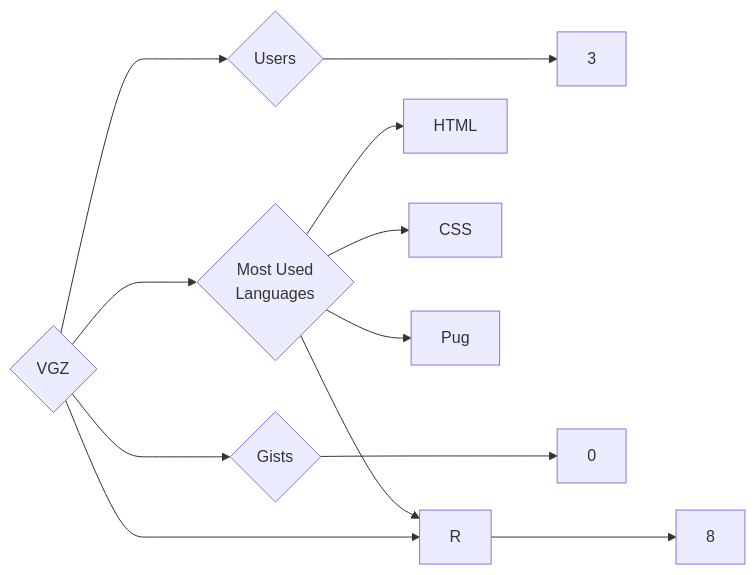
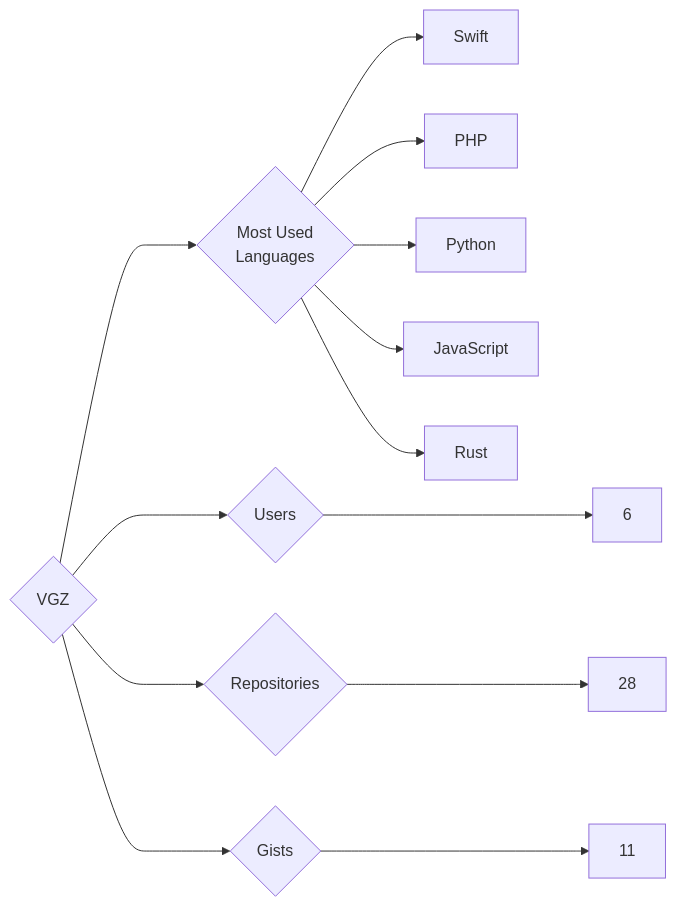
One commit to trickest/insiders changed the diagram in targets/VGZ/README.md. Above: the diagram before and after it, drawn with Mermaid. The commit also changed 940 other files, not shown here.

````diff
--- a/targets/VGZ/README.md
+++ b/targets/VGZ/README.md
@@ -3,12 +3,13 @@
 ```mermaid
 graph LR
 COMPANY_NAME{VGZ}
-COMPANY_NAME ---> U{Users} ---> UN[3]
-COMPANY_NAME ---> R{Repositories} ---> RN[8]
-COMPANY_NAME ---> G{Gists} ---> GN[0]
+COMPANY_NAME ---> U{Users} ---> UN[6]
+COMPANY_NAME ---> R{Repositories} ---> RN[28]
+COMPANY_NAME ---> G{Gists} ---> GN[11]
 COMPANY_NAME ---> ML{Most Used<br>Languages}
-ML --> HTML[HTML]
-ML --> CSS[CSS]
-ML --> R[R]
-ML --> Pug[Pug]
+ML --> Swift[Swift]
+ML --> PHP[PHP]
+ML --> Python[Python]
+ML --> JavaScript[JavaScript]
+ML --> Rust[Rust]
 ```
````
